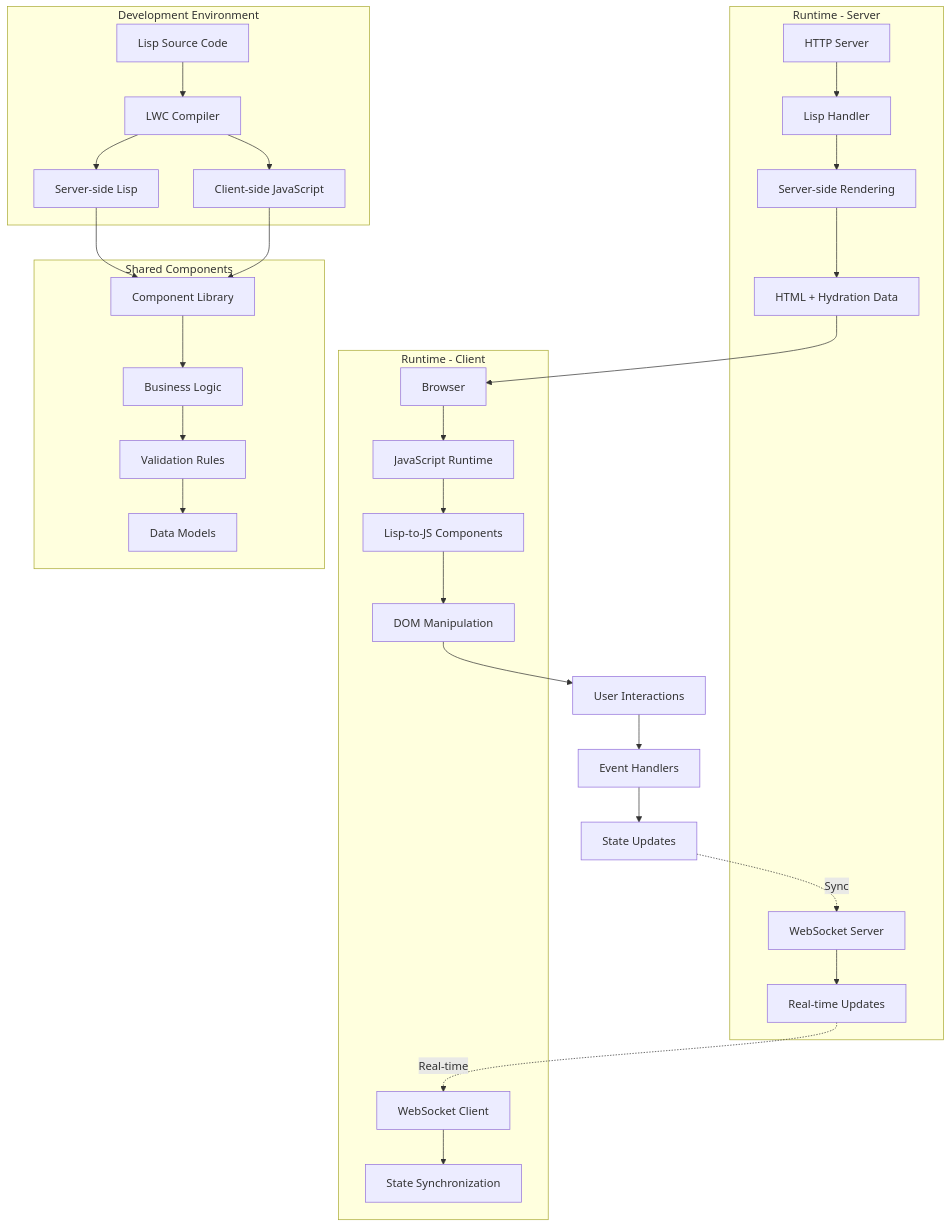
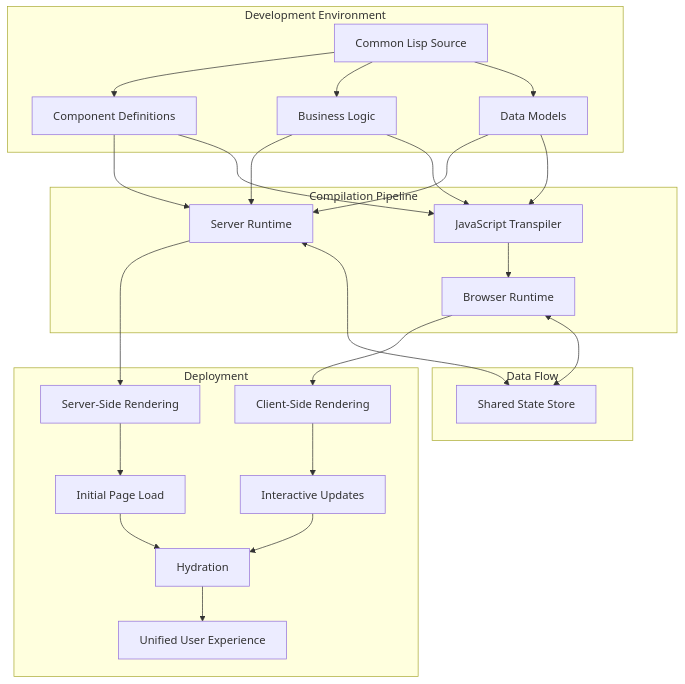
Before and after one commit to aygp-dr/els2026-lightning-talks: the fourth of 5 diagrams in TALKS.org, drawn with Mermaid. The commit also changed other lines of this file and 24 other files, not shown here.

```diff
--- a/TALKS.org
+++ b/TALKS.org
@@ -908,38 +691,39 @@
-#+BEGIN_SRC mermaid :file images/isomorphic-lisp-architecture.png :exports both
+#+BEGIN_SRC mermaid :file presentations/04-lisp-web-components/slides/isomorphic-architecture.png :exports both
 graph TB
     subgraph "Development Environment"
-        A[Lisp Source Code] --> B[LWC Compiler]
-        B --> C[Server-side Lisp]
-        B --> D[Client-side JavaScript]
+        A[Common Lisp Source]
+        A --> B[Component Definitions]
+        A --> C[Business Logic]
+        A --> D[Data Models]
     end
     
-    subgraph "Runtime - Server"
-        E[HTTP Server] --> F[Lisp Handler]
-        F --> G[Server-side Rendering]
-        G --> H[HTML + Hydration Data]
-        I[WebSocket Server] --> J[Real-time Updates]
+    subgraph "Compilation Pipeline"
+        B --> E[Server Runtime]
+        B --> F[JavaScript Transpiler]
+        F --> G[Browser Runtime]
+        
+        C --> E
+        C --> F
+        
+        D --> E
+        D --> F
     end
     
-    subgraph "Runtime - Client"
-        K[Browser] --> L[JavaScript Runtime]  
-        L --> M[Lisp-to-JS Components]
-        M --> N[DOM Manipulation]
-        O[WebSocket Client] --> P[State Synchronization]
+    subgraph "Deployment"
+        E --> H[Server-Side Rendering]
+        G --> I[Client-Side Rendering]
+        
+        H --> J[Initial Page Load]
+        I --> K[Interactive Updates]
+        
+        J --> L[Hydration]
+        K --> L
+        L --> M[Unified User Experience]
     end
     
-    H --> K
-    J -.->|Real-time| O
-    N --> Q[User Interactions]
-    Q --> R[Event Handlers]
-    R --> S[State Updates]
-    S -.->|Sync| I
-    
-    subgraph "Shared Components"
-        T[Component Library] --> U[Business Logic]
-        U --> V[Validation Rules]
-        V --> W[Data Models]
+    subgraph "Data Flow"
+        N[Shared State Store]
+        E <--> N
+        G <--> N
     end
-    
-    C --> T
-    D --> T
 #+END_SRC
```
